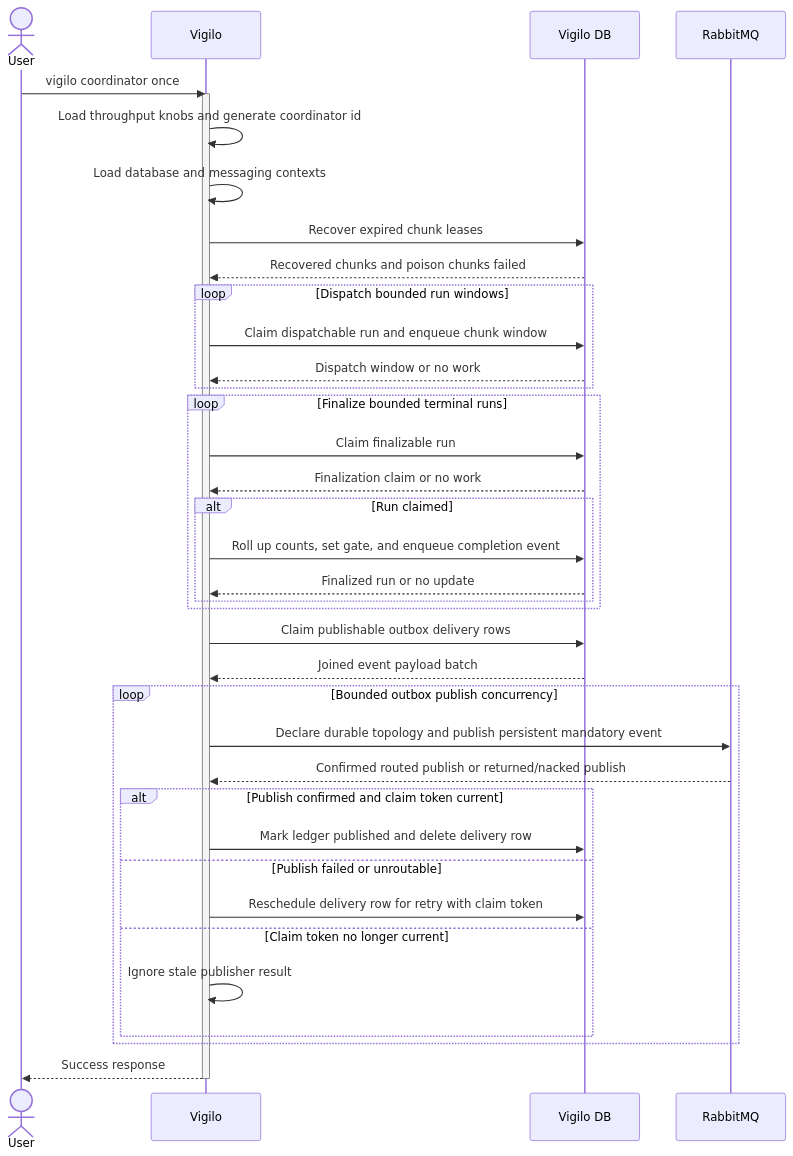
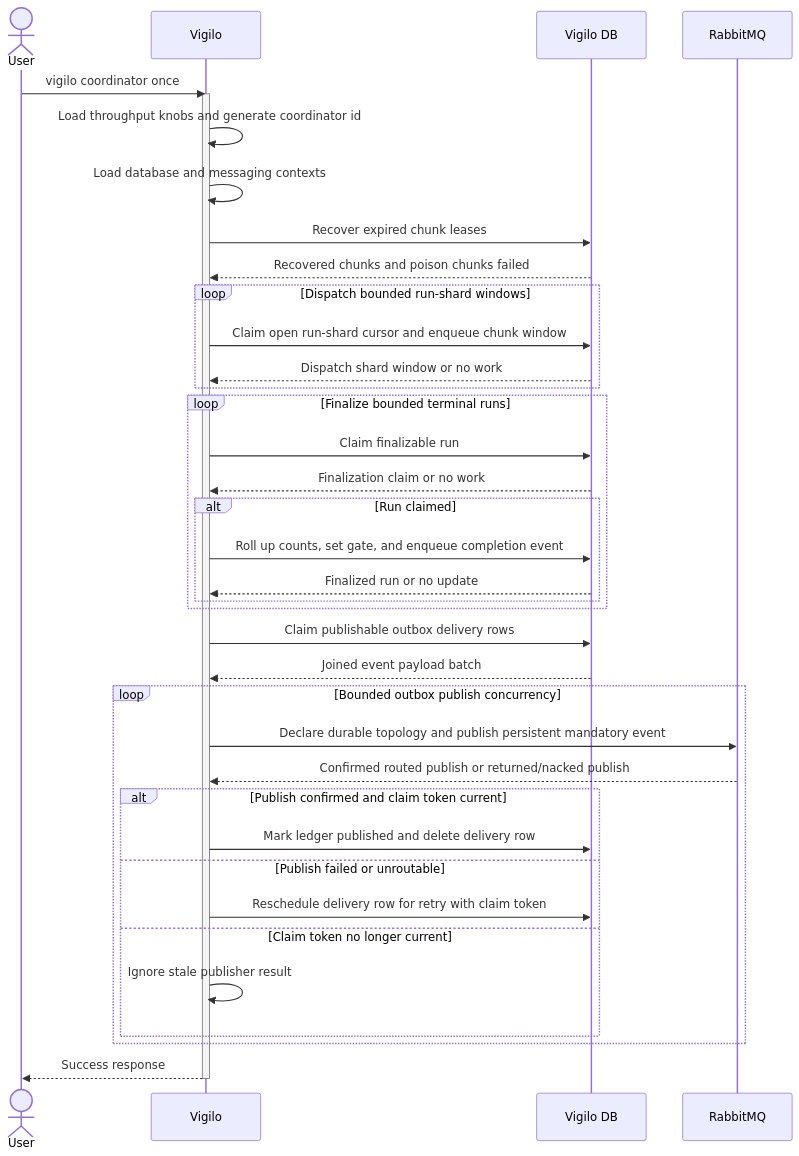
The diagram in web/docs/architecture/flows/coordinator/once/execution-flow.mmd (gregl83/agent-vigilo), drawn with Mermaid before and after one commit. The commit also changed 28 other files, not shown here.

```diff
--- a/web/docs/architecture/flows/coordinator/once/execution-flow.mmd
+++ b/web/docs/architecture/flows/coordinator/once/execution-flow.mmd
@@ -1,53 +1,53 @@
 ---
 config:
   flowchart:
     nodeSpacing: 150
     rankSpacing: 80
   themeVariables:
     edgeLabelBackground: 'transparent'
 ---
 sequenceDiagram
     actor User
     participant Vigilo
     participant DB as Vigilo DB
     participant Queue as RabbitMQ
 
     User->>Vigilo: vigilo coordinator once
     activate Vigilo
     Vigilo->>Vigilo: Load throughput knobs and generate coordinator id
     Vigilo->>Vigilo: Load database and messaging contexts
 
     Vigilo->>DB: Recover expired chunk leases
     DB-->>Vigilo: Recovered chunks and poison chunks failed
 
-    loop Dispatch bounded run windows
-        Vigilo->>DB: Claim dispatchable run and enqueue chunk window
-        DB-->>Vigilo: Dispatch window or no work
+    loop Dispatch bounded run-shard windows
+        Vigilo->>DB: Claim open run-shard cursor and enqueue chunk window
+        DB-->>Vigilo: Dispatch shard window or no work
     end
 
     loop Finalize bounded terminal runs
         Vigilo->>DB: Claim finalizable run
         DB-->>Vigilo: Finalization claim or no work
         alt Run claimed
             Vigilo->>DB: Roll up counts, set gate, and enqueue completion event
             DB-->>Vigilo: Finalized run or no update
         end
     end
 
     Vigilo->>DB: Claim publishable outbox delivery rows
     DB-->>Vigilo: Joined event payload batch
 
     loop Bounded outbox publish concurrency
         Vigilo->>Queue: Declare durable topology and publish persistent mandatory event
         Queue-->>Vigilo: Confirmed routed publish or returned/nacked publish
         alt Publish confirmed and claim token current
             Vigilo->>DB: Mark ledger published and delete delivery row
         else Publish failed or unroutable
             Vigilo->>DB: Reschedule delivery row for retry with claim token
         else Claim token no longer current
             Vigilo->>Vigilo: Ignore stale publisher result
         end
     end
 
     Vigilo-->>User: Success response
     deactivate Vigilo
```
